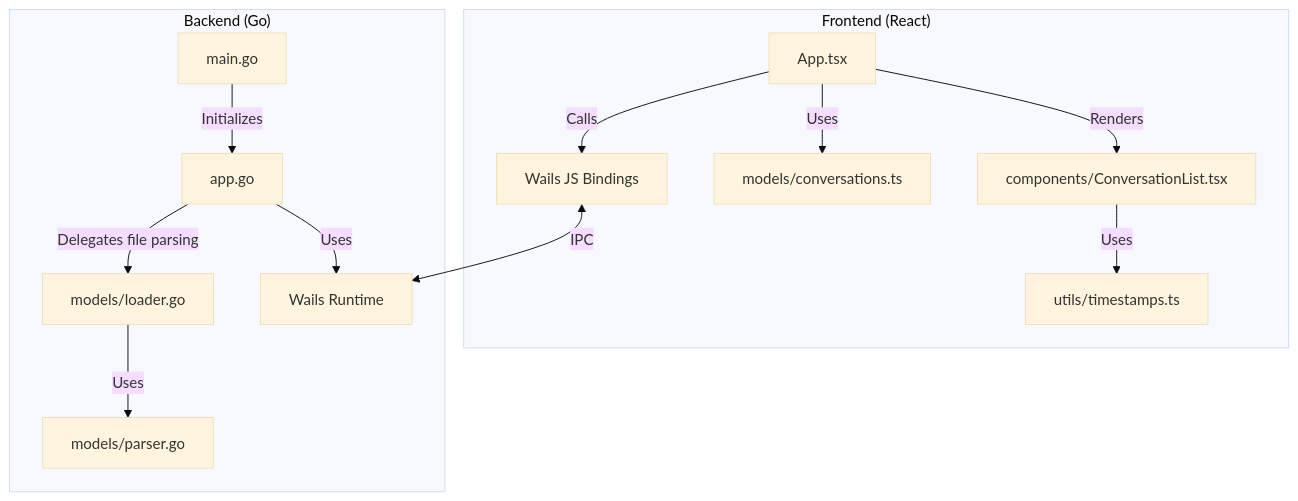
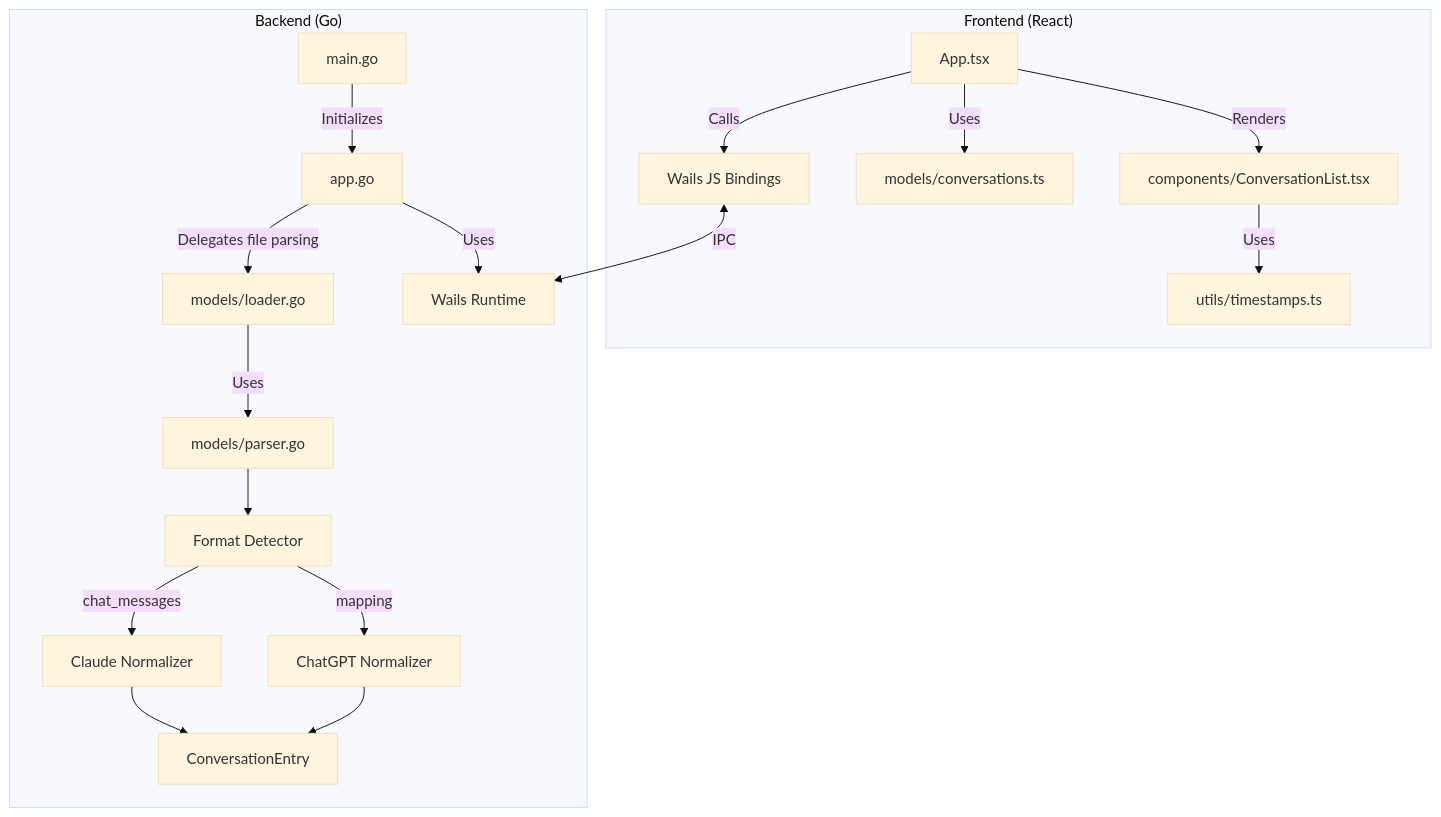
One commit to johnpfeiffer/chat-explorer changed the first of 2 diagrams in docs/architecture.md. Above: the diagram before and after it, drawn with Mermaid (base theme). The commit also changed other lines of this file and 9 other files, not shown here.

Commit message:
claude analysis for requirements and codex implementation: now supporting ChatGPT exports (zip and conversations.json)

````diff
--- a/docs/architecture.md
+++ b/docs/architecture.md
@@ -41,28 +70,37 @@
 ```mermaid
 graph TD
     subgraph "Frontend (React)"
         AppC["App.tsx"]
         Bindings["Wails JS Bindings"]
         Logic["models/conversations.ts"]
         CompList["components/ConversationList.tsx"]
         Utils["utils/timestamps.ts"]
     end
 
     subgraph "Backend (Go)"
         Main["main.go"]
         AppGo["app.go"]
         Loader["models/loader.go"]
         Parser["models/parser.go"]
+        Detector["Format Detector"]
+        ClaudeNorm["Claude Normalizer"]
+        ChatGPTNorm["ChatGPT Normalizer"]
+        EntryModel["ConversationEntry"]
         Runtime["Wails Runtime"]
     end
 
     AppC -->|Calls| Bindings
     AppC -->|Uses| Logic
     AppC -->|Renders| CompList
     CompList -->|Uses| Utils
     Bindings <-->|IPC| Runtime
     Main -->|Initializes| AppGo
     AppGo -->|Uses| Runtime
     AppGo -->|Delegates file parsing| Loader
     Loader -->|Uses| Parser
+    Parser --> Detector
+    Detector -->|chat_messages| ClaudeNorm
+    Detector -->|mapping| ChatGPTNorm
+    ClaudeNorm --> EntryModel
+    ChatGPTNorm --> EntryModel
 ```
````
